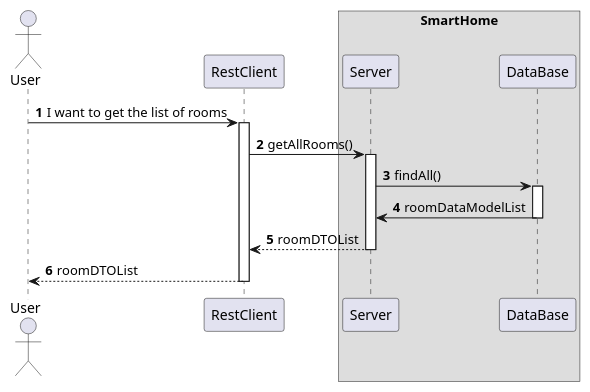
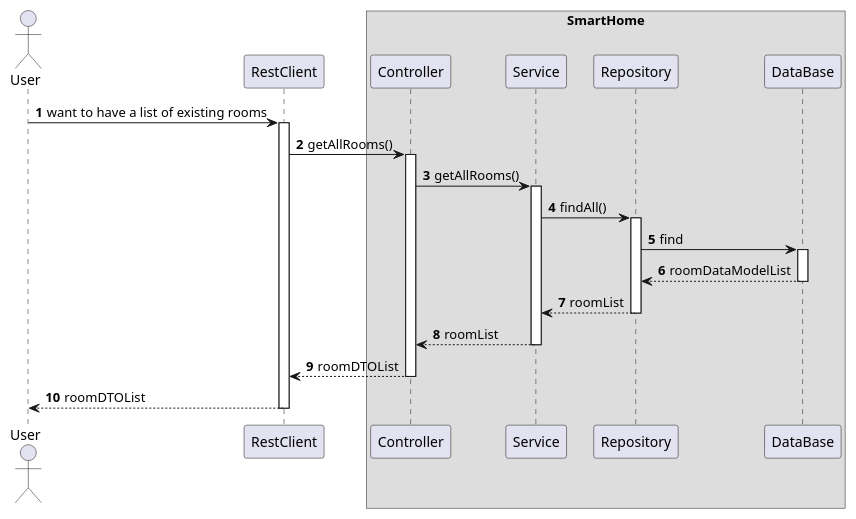
One commit to olivDiogo/SmartHome changed the diagram in docs/ooa/C4_4plus1_models/Level3/ProcessView/ProcessViewLevel3_UC03.puml. Above: the diagram before and after it, drawn with PlantUML. The commit also changed 119 other files, not shown here.

Commit message:
docs: added Process View diagrams for UC16 (US37) - #490

```diff
--- a/docs/ooa/C4_4plus1_models/Level3/ProcessView/ProcessViewLevel3_UC03.puml
+++ b/docs/ooa/C4_4plus1_models/Level3/ProcessView/ProcessViewLevel3_UC03.puml
@@ -1,34 +1,49 @@
 @startuml
 'https://plantuml.com/sequence-diagram
 !pragma layout smetana
 
 autonumber
 
 actor "User" as User
 participant "RestClient" as RC
 
 box "SmartHome"
-    participant "Server" as SV
+    participant "Controller" as CTRL
+    participant "Service" as SV
+    participant "Repository" as REPO
     participant "DataBase" as BD
 end box
 
-User -> RC : I want to get the list of rooms
+User -> RC : want to have a list of existing rooms
 activate RC
 
-RC -> SV : getAllRooms()
+RC -> CTRL : getAllRooms()
+activate CTRL
+
+
+CTRL -> SV : getAllRooms()
 activate SV
 
-SV -> BD : findAll()
+SV -> REPO : findAll()
+activate REPO
+
+REPO -> BD : find
 activate BD
 
-BD -> SV : roomDataModelList
+BD --> REPO : roomDataModelList
 deactivate BD
 
-SV --> RC : roomDTOList
+REPO --> SV : roomList
+deactivate REPO
+
+SV --> CTRL : roomList
 deactivate SV
+
+CTRL --> RC : roomDTOList
+deactivate CTRL
 
 RC --> User : roomDTOList
 deactivate RC
 
 
 @enduml
```
